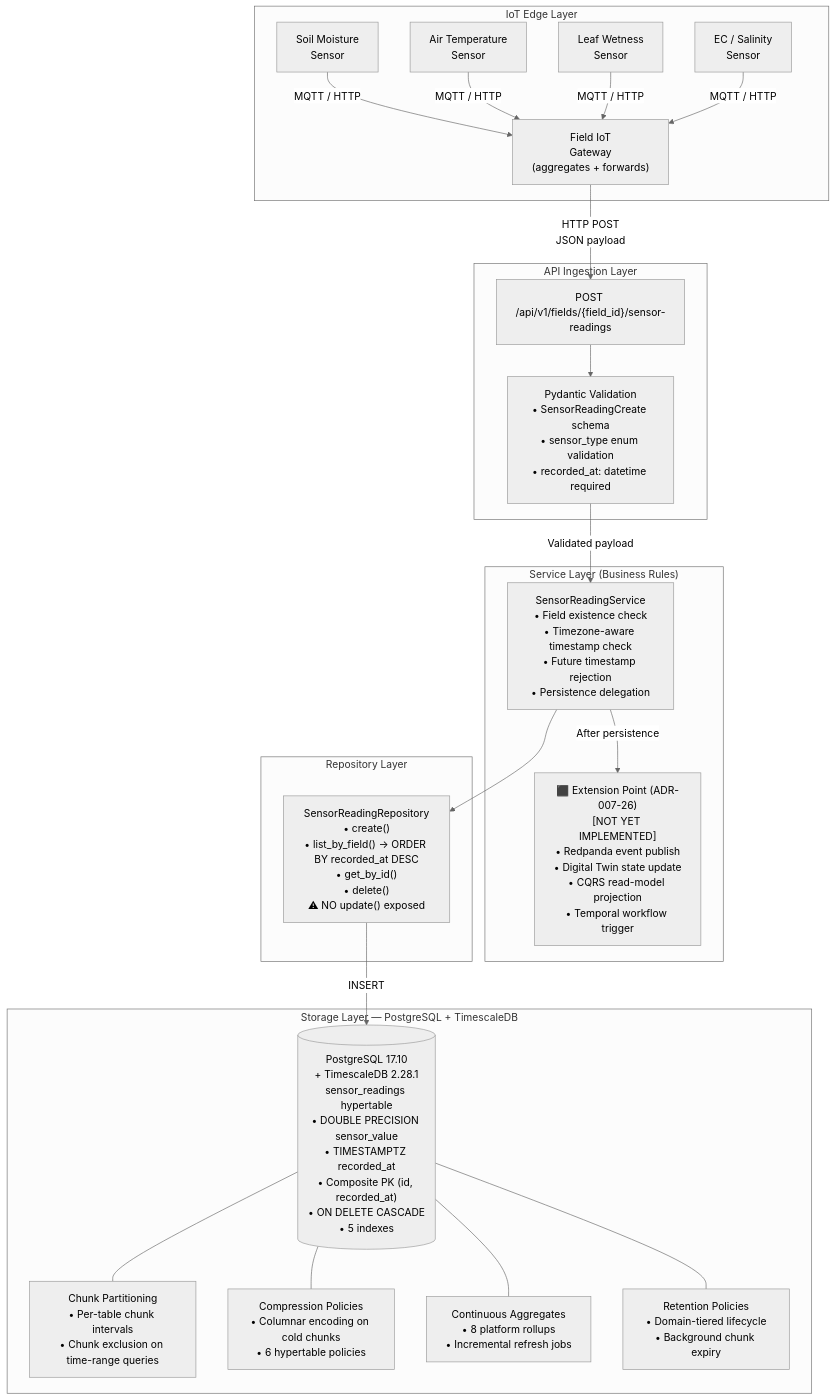
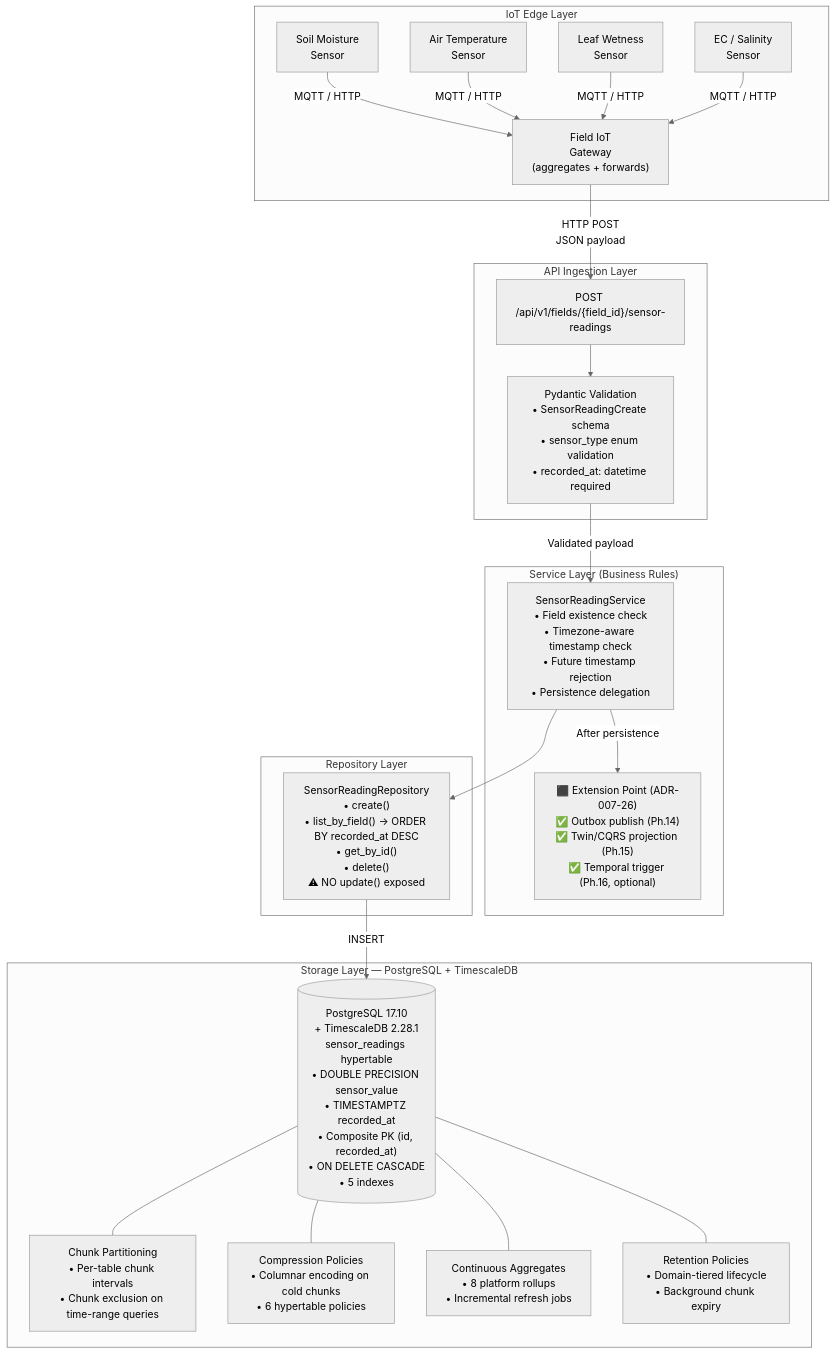
Diagram 12 of 23 in docs/reference/09-architecture-diagrams.md (santoshnarayanan/AGRIFLOW-AI), drawn with Mermaid (neutral theme) before and after one commit. The commit also changed other lines of this file and 1 other file, not shown here.

Commit message:
docs: align technical-flow and architecture diagrams with Phase 16

````diff
--- a/docs/reference/09-architecture-diagrams.md
+++ b/docs/reference/09-architecture-diagrams.md
@@ -824,44 +825,44 @@
 ```mermaid
 graph TB
     subgraph "IoT Edge Layer"
         S1["Soil Moisture\nSensor"]
         S2["Air Temperature\nSensor"]
         S3["Leaf Wetness\nSensor"]
         S4["EC / Salinity\nSensor"]
         GW["Field IoT\nGateway\n(aggregates + forwards)"]
         S1 & S2 & S3 & S4 -->|"MQTT / HTTP"| GW
     end
 
     subgraph "API Ingestion Layer"
         EP["POST /api/v1/fields/{field_id}/sensor-readings"]
         VAL["Pydantic Validation\n• SensorReadingCreate schema\n• sensor_type enum validation\n• recorded_at: datetime required"]
     end
 
     subgraph "Service Layer (Business Rules)"
         SVC["SensorReadingService\n• Field existence check\n• Timezone-aware timestamp check\n• Future timestamp rejection\n• Persistence delegation"]
-        EXT["⬛ Extension Point (ADR-007-26)\n[NOT YET IMPLEMENTED]\n• Redpanda event publish\n• Digital Twin state update\n• CQRS read-model projection\n• Temporal workflow trigger"]
+        EXT["⬛ Extension Point (ADR-007-26)\n✅ Outbox publish (Ph.14)\n✅ Twin/CQRS projection (Ph.15)\n✅ Temporal trigger (Ph.16, optional)"]
     end
 
     subgraph "Repository Layer"
         REPO["SensorReadingRepository\n• create()\n• list_by_field() → ORDER BY recorded_at DESC\n• get_by_id()\n• delete()\n⚠ NO update() exposed"]
     end
 
     subgraph "Storage Layer — PostgreSQL + TimescaleDB"
         PG[("PostgreSQL 17.10\n+ TimescaleDB 2.28.1\nsensor_readings hypertable\n• DOUBLE PRECISION sensor_value\n• TIMESTAMPTZ recorded_at\n• Composite PK (id, recorded_at)\n• ON DELETE CASCADE\n• 5 indexes")]
         CHUNK["Chunk Partitioning\n• Per-table chunk intervals\n• Chunk exclusion on time-range queries"]
         COMP["Compression Policies\n• Columnar encoding on cold chunks\n• 6 hypertable policies"]
         CA["Continuous Aggregates\n• 8 platform rollups\n• Incremental refresh jobs"]
         RET["Retention Policies\n• Domain-tiered lifecycle\n• Background chunk expiry"]
     end
 
     GW -->|"HTTP POST\nJSON payload"| EP
     EP --> VAL
     VAL -->|"Validated payload"| SVC
     SVC -->|"After persistence"| EXT
     SVC --> REPO
     REPO -->|"INSERT"| PG
     PG --- CHUNK
     PG --- COMP
     PG --- CA
     PG --- RET
 ```
````
